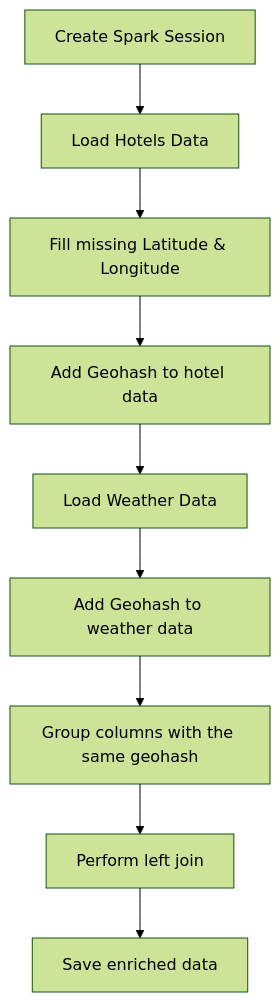
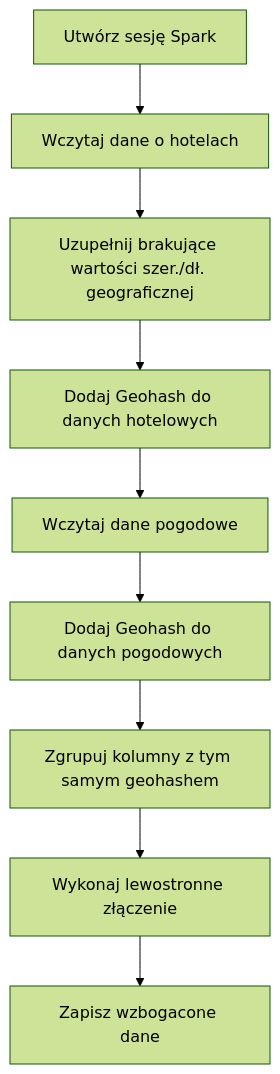
The diagram in Semestr 2/Chmury/doc/Homework-report.md (slaweksystem/Studia), drawn with Mermaid (forest theme) before and after one commit.

Commit message:
tłumaczenie na polski

````diff
--- a/Semestr 2/Chmury/doc/Homework-report.md
+++ b/Semestr 2/Chmury/doc/Homework-report.md
@@ -35,11 +35,11 @@
 ```mermaid
 graph TD;
-create_spark_session[Create Spark Session]-->load_hotels_data;
-load_hotels_data[Load Hotels Data]-->fill_missing;
-fill_missing[Fill missing Latitude & Longitude]-->add_geohash_hotels;
-add_geohash_hotels[Add Geohash to hotel data]-->load_weather_data;
-load_weather_data[Load Weather Data]-->add_geohash;
-add_geohash[Add Geohash to weather data]-->group_columns;
-group_columns[Group columns with the same geohash]-->left_join;
-left_join[Perform left join]-->save_data[Save enriched data];
+create_spark_session[Utwórz sesję Spark]-->load_hotels_data;
+load_hotels_data[Wczytaj dane o hotelach]-->fill_missing;
+fill_missing[Uzupełnij brakujące wartości szer./dł. geograficznej]-->add_geohash_hotels;
+add_geohash_hotels[Dodaj Geohash do danych hotelowych]-->load_weather_data;
+load_weather_data[Wczytaj dane pogodowe]-->add_geohash;
+add_geohash[Dodaj Geohash do danych pogodowych]-->group_columns;
+group_columns[Zgrupuj kolumny z tym samym geohashem]-->left_join;
+left_join[Wykonaj lewostronne złączenie]-->save_data[Zapisz wzbogacone dane];
 ```
````
